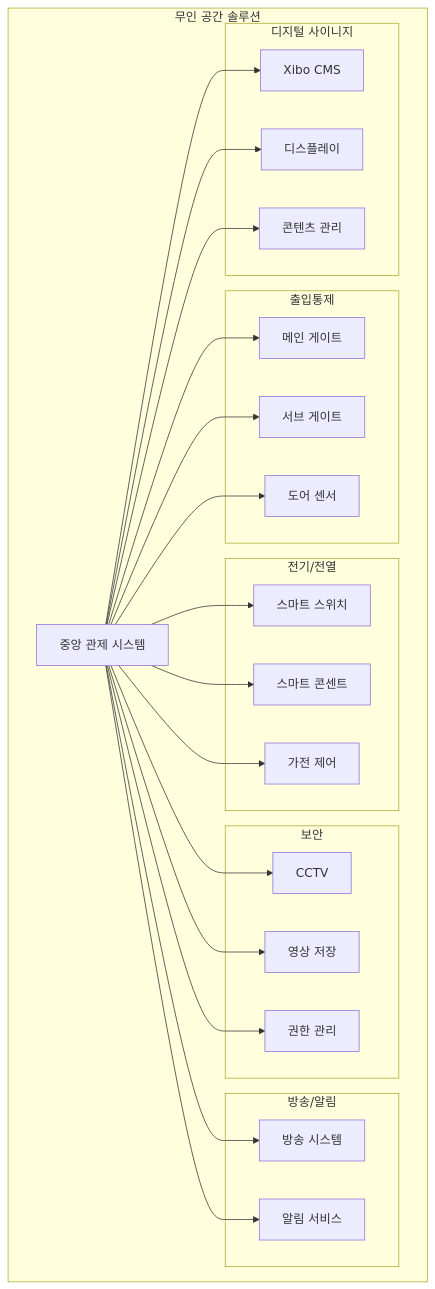
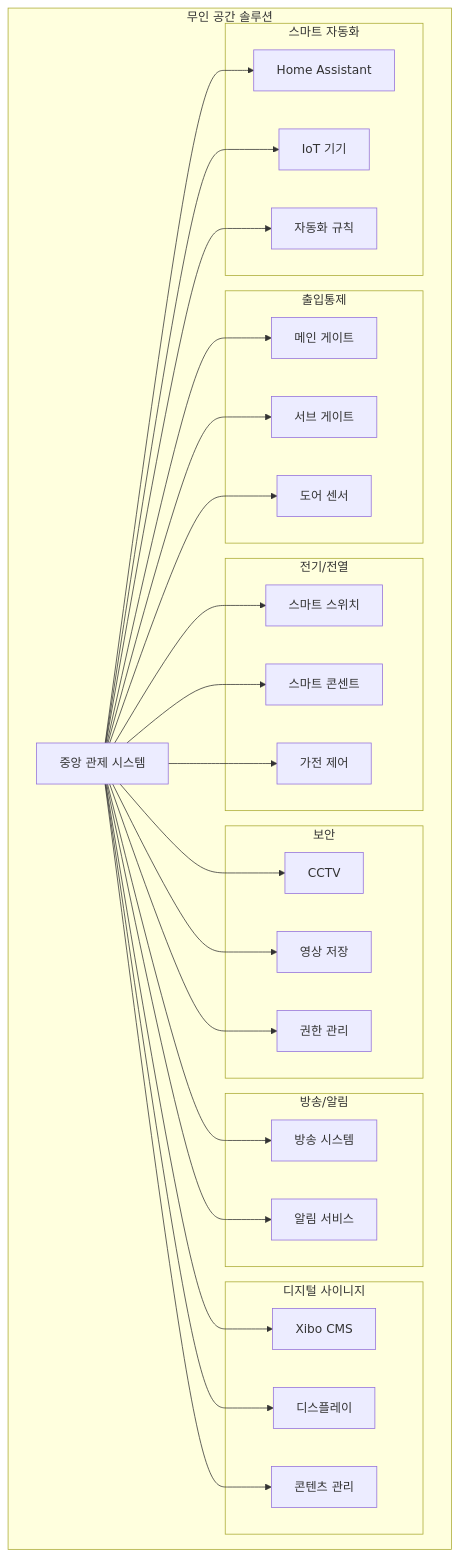
The diagram in docs/guide/unmanned-space/index.md (uriggiri/uriggiri-guide), drawn with Mermaid before and after one commit. The commit also changed other lines of this file and 1 other file, not shown here.

Commit message:
feat: HA guide 추가

````diff
--- a/docs/guide/unmanned-space/index.md
+++ b/docs/guide/unmanned-space/index.md
@@ -43,41 +50,48 @@
 ```mermaid
 graph TB
     subgraph "무인 공간 솔루션"
         A[중앙 관제 시스템]
         
         subgraph "출입통제"
             B1[메인 게이트]
             B2[서브 게이트]
             B3[도어 센서]
         end
         
         subgraph "전기/전열"
             C1[스마트 스위치]
             C2[스마트 콘센트]
             C3[가전 제어]
         end
         
         subgraph "보안"
             D1[CCTV]
             D2[영상 저장]
             D3[권한 관리]
         end
         
         subgraph "방송/알림"
             E1[방송 시스템]
             E2[알림 서비스]
         end
         
         subgraph "디지털 사이니지"
             F1[Xibo CMS]
             F2[디스플레이]
             F3[콘텐츠 관리]
         end
         
+        subgraph "스마트 자동화"
+            G1[Home Assistant]
+            G2[IoT 기기]
+            G3[자동화 규칙]
+        end
+        
         A --> B1 & B2 & B3
         A --> C1 & C2 & C3
         A --> D1 & D2 & D3
         A --> E1 & E2
         A --> F1 & F2 & F3
+        A --> G1 & G2 & G3
     end
 ```
````
